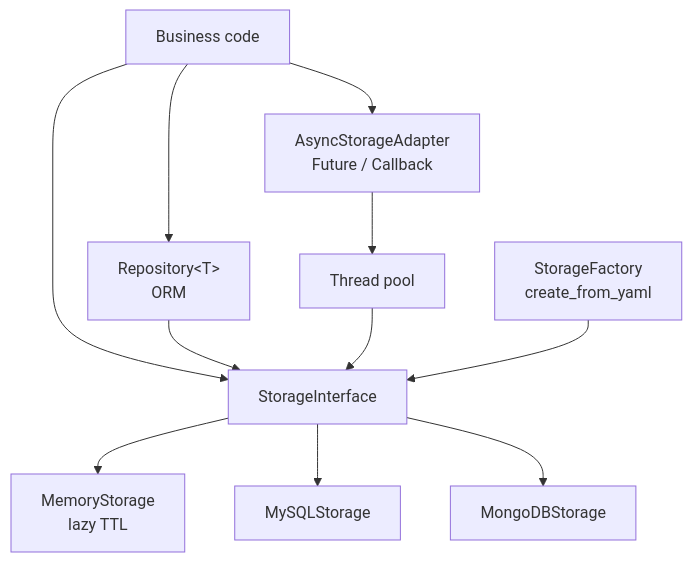
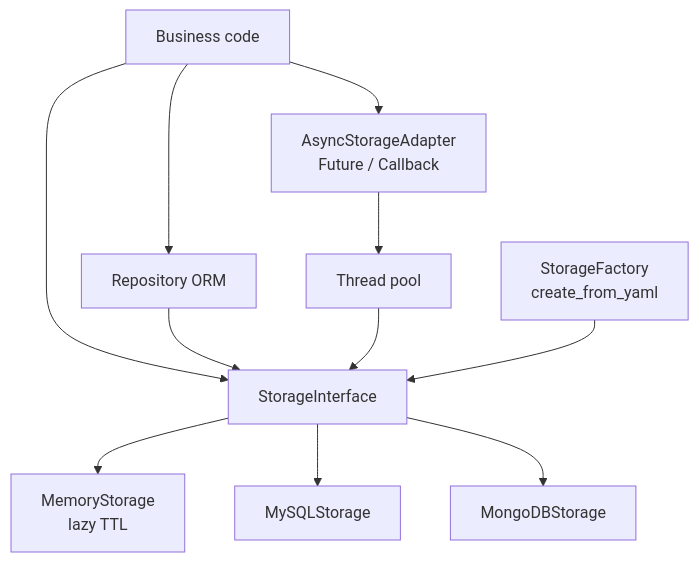
Before and after one commit to Kwell/ChwellCore: the sixth of 10 diagrams in README_EN.md, drawn with Mermaid. The commit also changed other lines of this file and 1 other file, not shown here.

Commit message:
docs: fix mermaid render errors (escape angle brackets, drop autonumber)

````diff
--- a/README_EN.md
+++ b/README_EN.md
@@ -517,15 +515,15 @@
 ```mermaid
 flowchart TB
-    BIZ["Business code"] --> REPO["Repository&lt;T&gt;<br/>ORM"]
+    BIZ["Business code"] --> REPO["Repository ORM"]
     BIZ --> ASYNC["AsyncStorageAdapter<br/>Future / Callback"]
     BIZ --> IF["StorageInterface"]
 
     REPO --> IF
     ASYNC --> TPOOL["Thread pool"] --> IF
 
     IF --> MEM["MemoryStorage<br/>lazy TTL"]
     IF --> MYSQL["MySQLStorage"]
     IF --> MONGO["MongoDBStorage"]
 
     FAC["StorageFactory<br/>create_from_yaml"] --> IF
 ```
````
